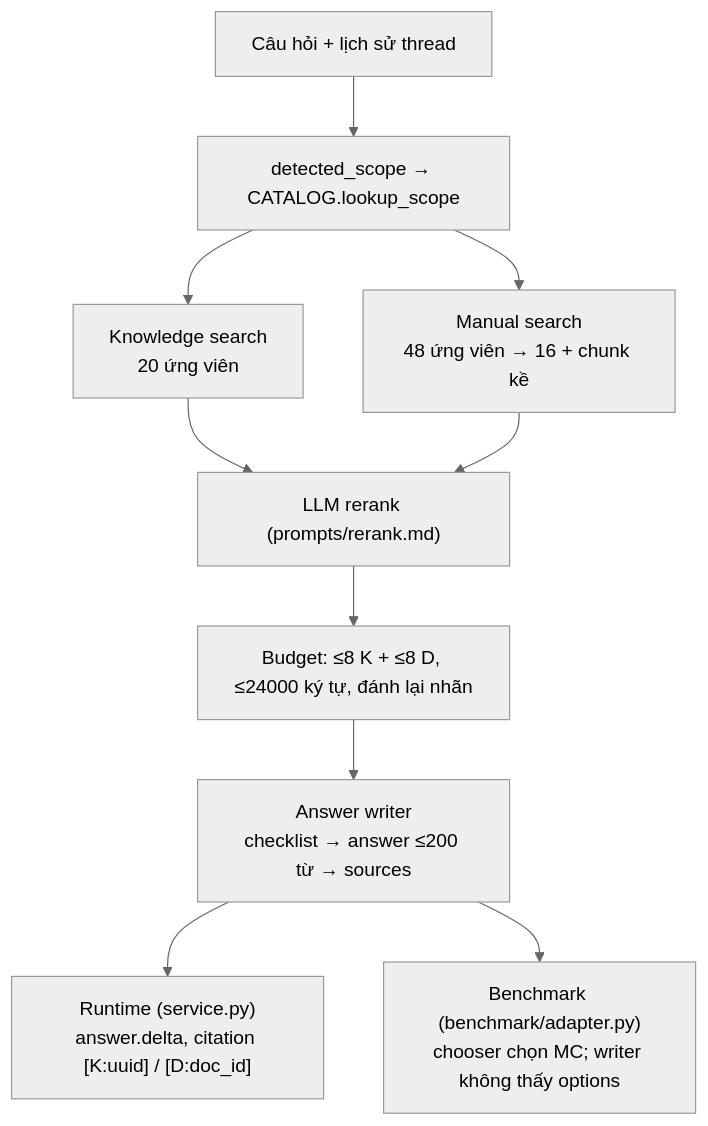
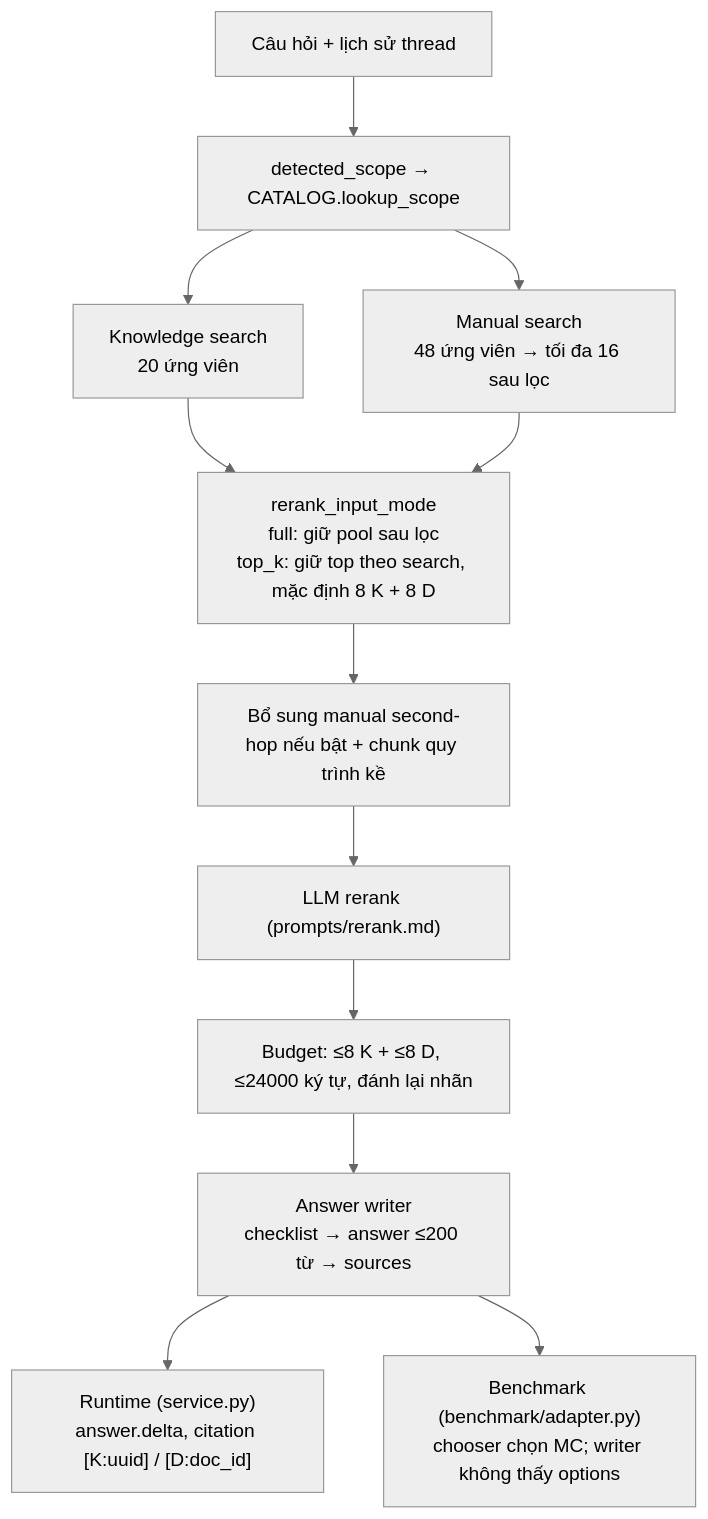
Before and after one commit to VinhPhamAI/factory-memo: the second of 2 diagrams in docs/industrial-qa-kb.md, drawn with Mermaid (neutral theme). The commit also changed other lines of this file and 11 other files, not shown here.

````diff
--- a/docs/industrial-qa-kb.md
+++ b/docs/industrial-qa-kb.md
@@ -85,12 +85,14 @@
 ```mermaid
 flowchart TD
     q["Câu hỏi + lịch sử thread"] --> sc["detected_scope → CATALOG.lookup_scope"]
     sc --> ks["Knowledge search<br/>20 ứng viên"]
-    sc --> ms["Manual search<br/>48 ứng viên → 16 + chunk kề"]
-    ks --> rr["LLM rerank (prompts/rerank.md)"]
-    ms --> rr
+    sc --> ms["Manual search<br/>48 ứng viên → tối đa 16 sau lọc"]
+    ks --> inp["rerank_input_mode<br/>full: giữ pool sau lọc<br/>top_k: giữ top theo search, mặc định 8 K + 8 D"]
+    ms --> inp
+    inp --> exp["Bổ sung manual second-hop nếu bật + chunk quy trình kề"]
+    exp --> rr["LLM rerank (prompts/rerank.md)"]
     rr --> bud["Budget: ≤8 K + ≤8 D, ≤24000 ký tự, đánh lại nhãn"]
     bud --> w["Answer writer<br/>checklist → answer ≤200 từ → sources"]
     w --> rt["Runtime (service.py)<br/>answer.delta, citation [K:uuid] / [D:doc_id]"]
     w --> bm["Benchmark (benchmark/adapter.py)<br/>chooser chọn MC; writer không thấy options"]
 ```
````
